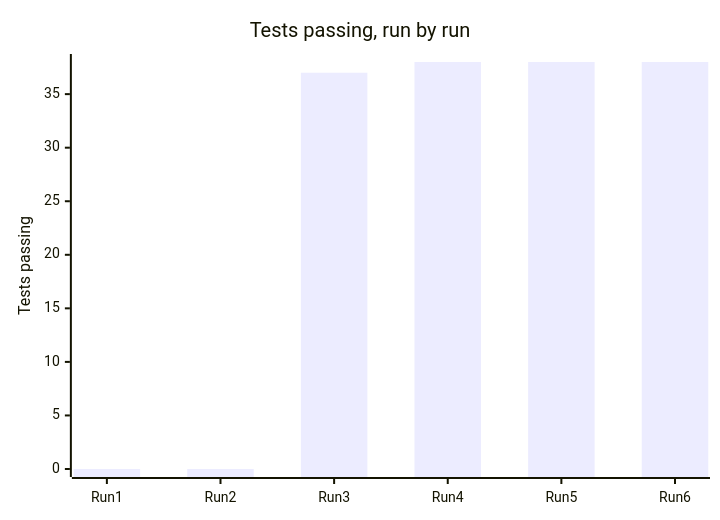
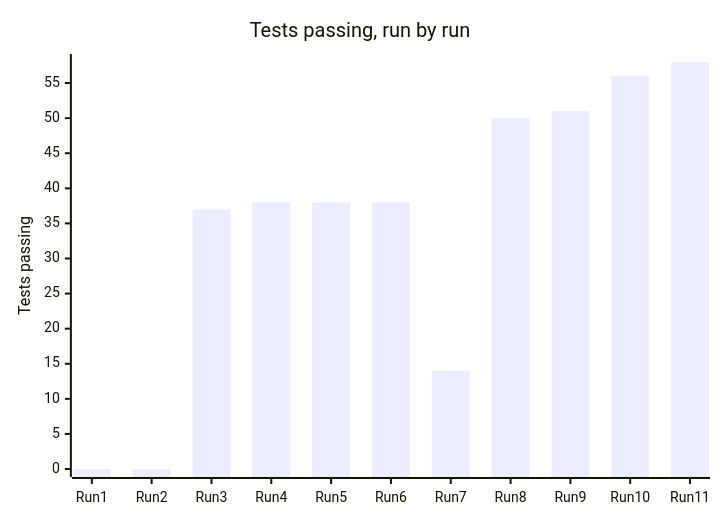
The diagram in samples/BeautifulBeachParkVolunteers/docs/d07-02-test-results.md (b0ts/ai_assisted_sdlc_workflow), drawn with Mermaid before and after one commit. The commit also changed other lines of this file and 90 other files, not shown here.

````diff
--- a/samples/BeautifulBeachParkVolunteers/docs/d07-02-test-results.md
+++ b/samples/BeautifulBeachParkVolunteers/docs/d07-02-test-results.md
@@ -45,7 +53,7 @@
 ```mermaid
 xychart-beta
     title "Tests passing, run by run"
-    x-axis [Run 1, Run 2, Run 3, Run 4, Run 5, Run 6]
-    y-axis "Tests passing" 0 --> 38
-    bar [0, 0, 37, 38, 38, 38]
+    x-axis [Run 1, Run 2, Run 3, Run 4, Run 5, Run 6, Run 7, Run 8, Run 9, Run 10, Run 11]
+    y-axis "Tests passing" 0 --> 58
+    bar [0, 0, 37, 38, 38, 38, 14, 50, 51, 56, 58]
 ```
````
